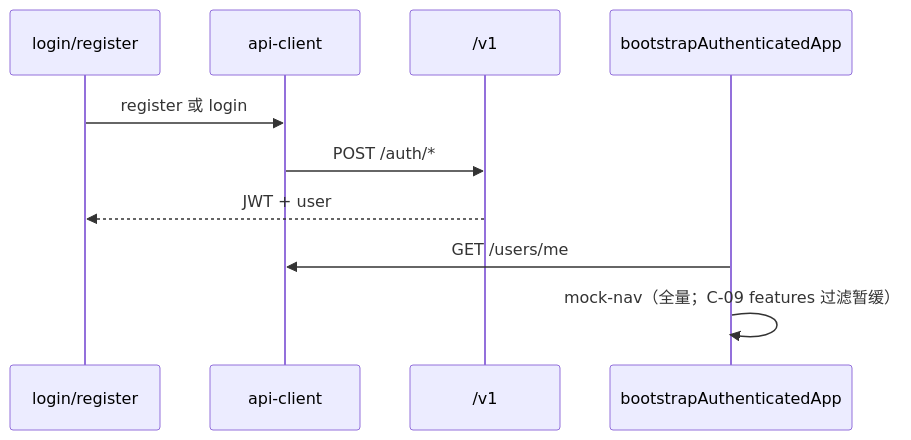
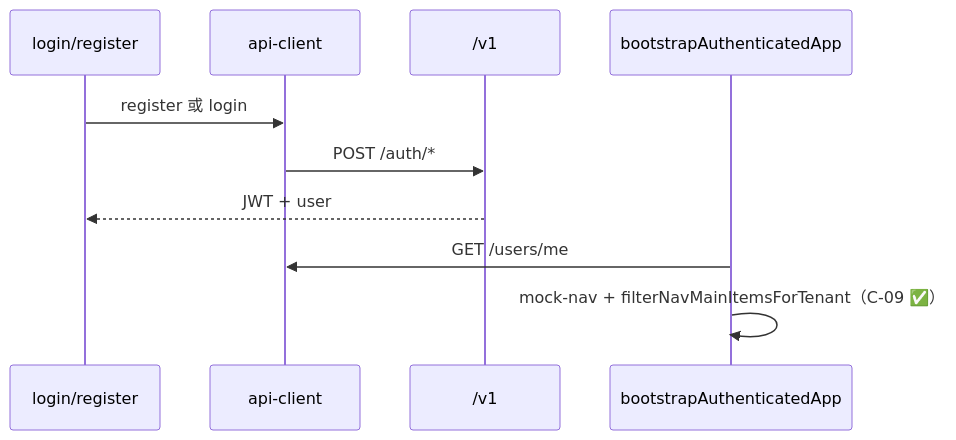
Before and after one commit to dujiaoai/map-design: the diagram in docs/architecture/backend-integration.md, drawn with Mermaid. The commit also changed other lines of this file and 11 other files, not shown here.

First line of the commit message:
docs(architecture): 全库对齐 C-09 tenant features 侧栏过滤已完成

````diff
--- a/docs/architecture/backend-integration.md
+++ b/docs/architecture/backend-integration.md
@@ -46,13 +46,13 @@
 ```mermaid
 sequenceDiagram
   participant Login as login/register
   participant API as api-client
   participant SaaS as /v1
   participant Bootstrap as bootstrapAuthenticatedApp
 
   Login->>API: register 或 login
   API->>SaaS: POST /auth/*
   SaaS-->>Login: JWT + user
   Bootstrap->>API: GET /users/me
-  Bootstrap->>Bootstrap: mock-nav（全量；C-09 features 过滤暂缓）
+  Bootstrap->>Bootstrap: mock-nav + filterNavMainItemsForTenant（C-09 ✅）
 ```
````
